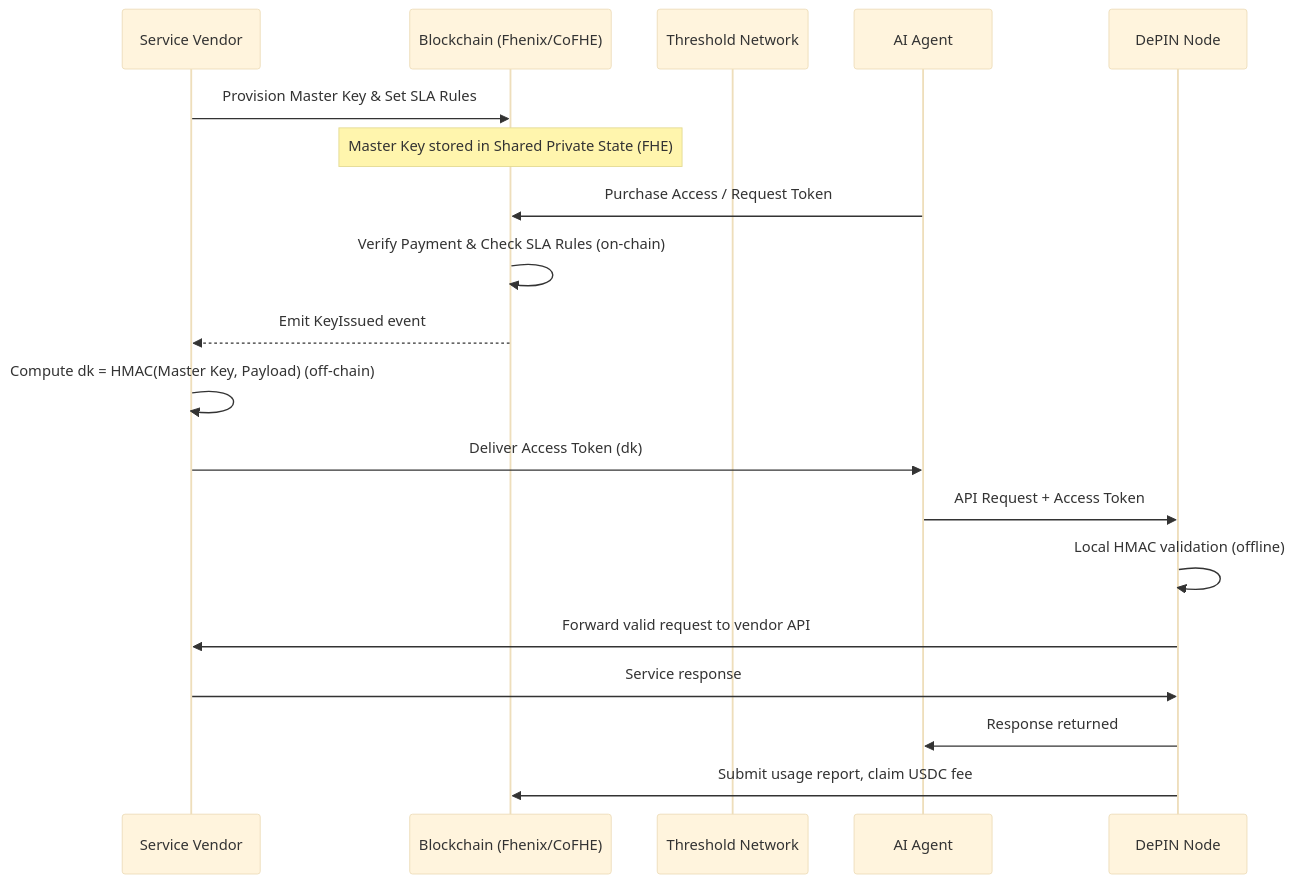
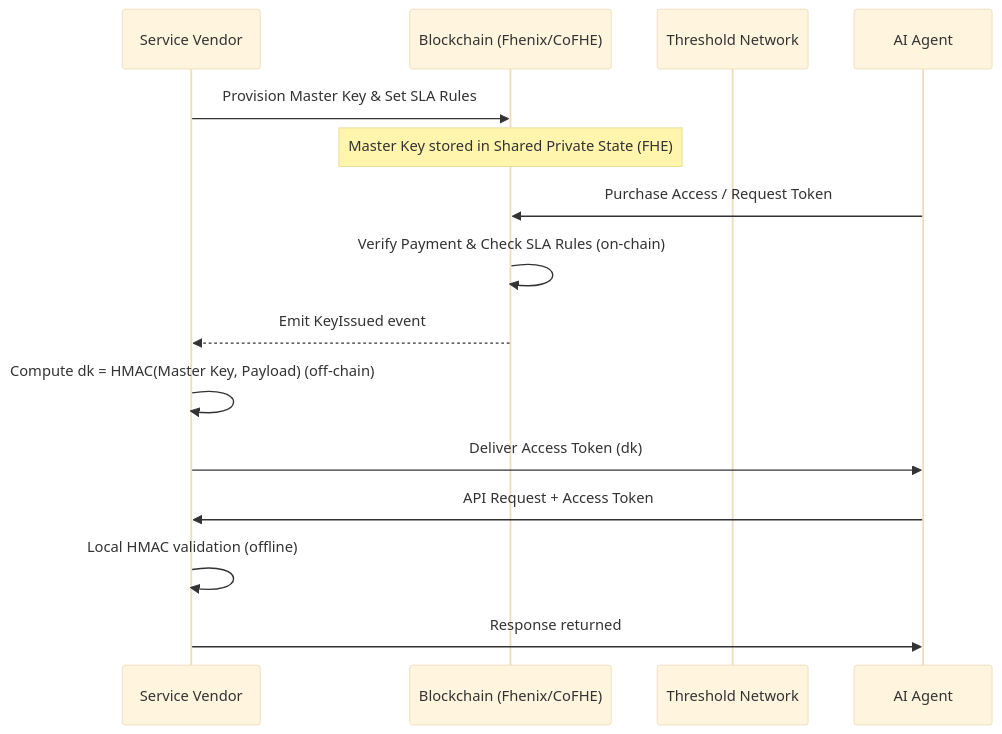
Before and after one commit to imajus/fhe402: the diagram in docs/Requirements.md, drawn with Mermaid (base theme). The commit also changed other lines of this file, not shown here.

Commit message:
Remove DePIN proxy references from requirements.

````diff
--- a/docs/Requirements.md
+++ b/docs/Requirements.md
@@ -88,25 +83,20 @@
 ```mermaid
 sequenceDiagram
     participant V as Service Vendor
     participant BC as Blockchain (Fhenix/CoFHE)
     participant TSN as Threshold Network
     participant A as AI Agent
-    participant D as DePIN Node
-    
     V->>BC: Provision Master Key & Set SLA Rules
     Note over BC: Master Key stored in Shared Private State (FHE)
-    
+
     A->>BC: Purchase Access / Request Token
     BC->>BC: Verify Payment & Check SLA Rules (on-chain)
     BC-->>V: Emit KeyIssued event
-    
+
     V->>V: Compute dk = HMAC(Master Key, Payload) (off-chain)
     V->>A: Deliver Access Token (dk)
-    
-    A->>D: API Request + Access Token
-    D->>D: Local HMAC validation (offline)
-    D->>V: Forward valid request to vendor API
-    V->>D: Service response
-    D->>A: Response returned
-    D->>BC: Submit usage report, claim USDC fee
+
+    A->>V: API Request + Access Token
+    V->>V: Local HMAC validation (offline)
+    V->>A: Response returned
 ```
````
